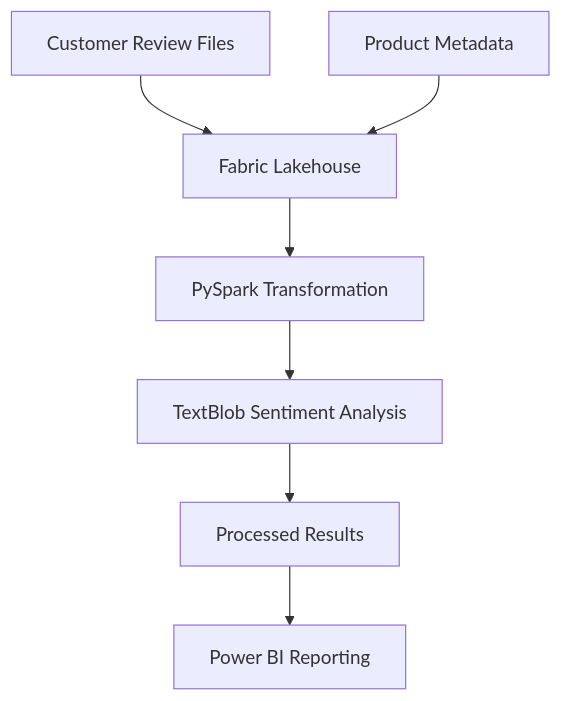
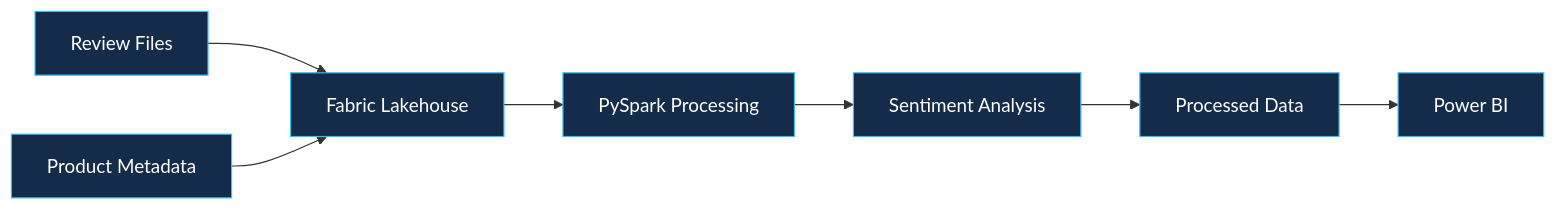
One commit to Deepak392/Deepak392 changed the first of 3 diagrams in README.md. Above: the diagram before and after it, drawn with Mermaid. The commit also changed other lines of this file, not shown here.

````diff
--- a/README.md
+++ b/README.md
@@ -306,9 +391,12 @@
 ```mermaid
-flowchart TD
-    A["Customer Review Files"] --> B["Fabric Lakehouse"]
-    C["Product Metadata"] --> B
-    B --> D["PySpark Transformation"]
-    D --> E["TextBlob Sentiment Analysis"]
-    E --> F["Processed Results"]
-    F --> G["Power BI Reporting"]
+flowchart LR
+    A["Review Files"] --> C["Fabric Lakehouse"]
+    B["Product Metadata"] --> C
+    C --> D["PySpark Processing"]
+    D --> E["Sentiment Analysis"]
+    E --> F["Processed Data"]
+    F --> G["Power BI"]
+    
+    classDef dataNode fill:#142B49,stroke:#38BDF8,color:#FFFFFF
+    class A,B,C,D,E,F,G dataNode
 ```
````
